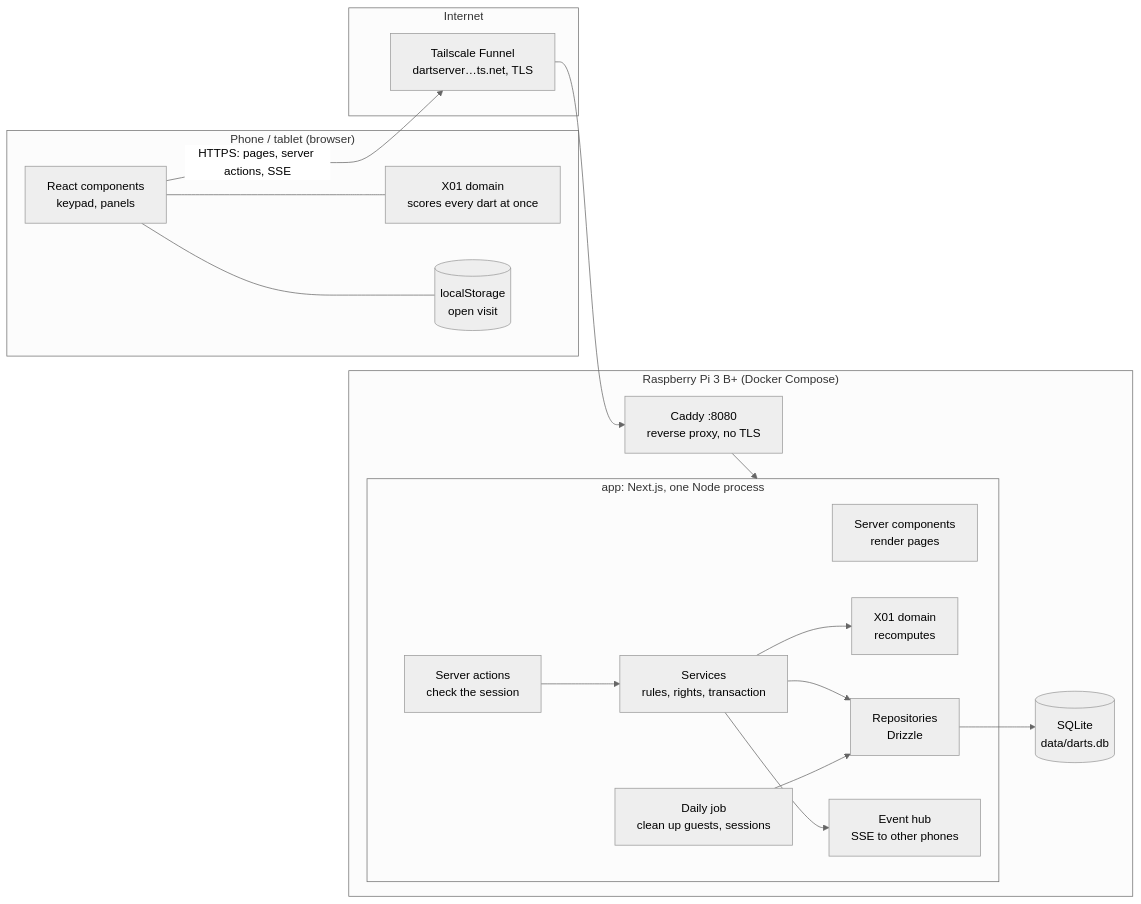
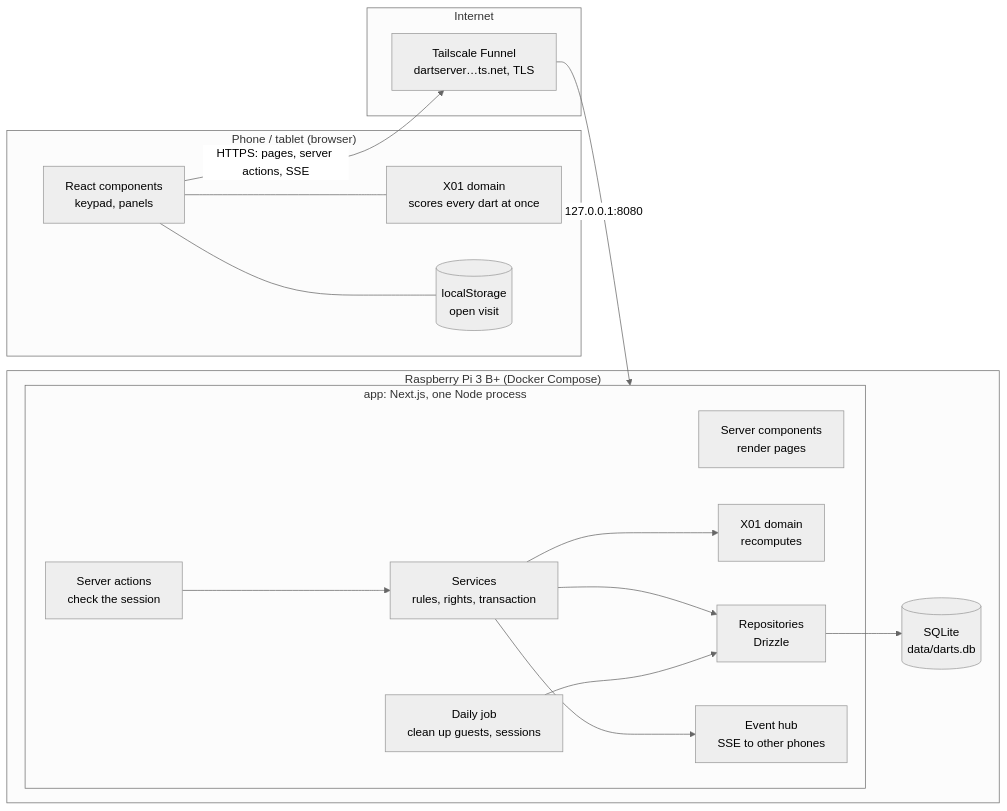
Before and after one commit to lucablechschmidt/dartClientServer: the first of 4 diagrams in README.md, drawn with Mermaid (neutral theme). The commit also changed other lines of this file and 10 other files, not shown here.

First line of the commit message:
chore(deploy)!: remove caddy, the app listens on 127.0.0.1:8080

````diff
--- a/README.md
+++ b/README.md
@@ -186,31 +186,30 @@
 ```mermaid
 flowchart LR
   subgraph Phone["Phone / tablet (browser)"]
     UI["React components<br/>keypad, panels"]
     Dom1["X01 domain<br/>scores every dart at once"]
     LS[("localStorage<br/>open visit")]
     UI --- Dom1
     UI --- LS
   end
   subgraph Internet
     TS["Tailscale Funnel<br/>dartserver…ts.net, TLS"]
   end
   subgraph Pi["Raspberry Pi 3 B+ (Docker Compose)"]
-    Caddy["Caddy :8080<br/>reverse proxy, no TLS"]
     subgraph App["app: Next.js, one Node process"]
       Pages["Server components<br/>render pages"]
       Actions["Server actions<br/>check the session"]
       Svc["Services<br/>rules, rights, transaction"]
       Dom2["X01 domain<br/>recomputes"]
       Repo["Repositories<br/>Drizzle"]
       Hub["Event hub<br/>SSE to other phones"]
       Timer["Daily job<br/>clean up guests, sessions"]
     end
     DB[("SQLite<br/>data/darts.db")]
   end
-  UI -- "HTTPS: pages, server actions, SSE" --> TS --> Caddy --> App
+  UI -- "HTTPS: pages, server actions, SSE" --> TS -- "127.0.0.1:8080" --> App
   Actions --> Svc --> Dom2
   Svc --> Repo --> DB
   Svc --> Hub
   Timer --> Repo
 ```
````
